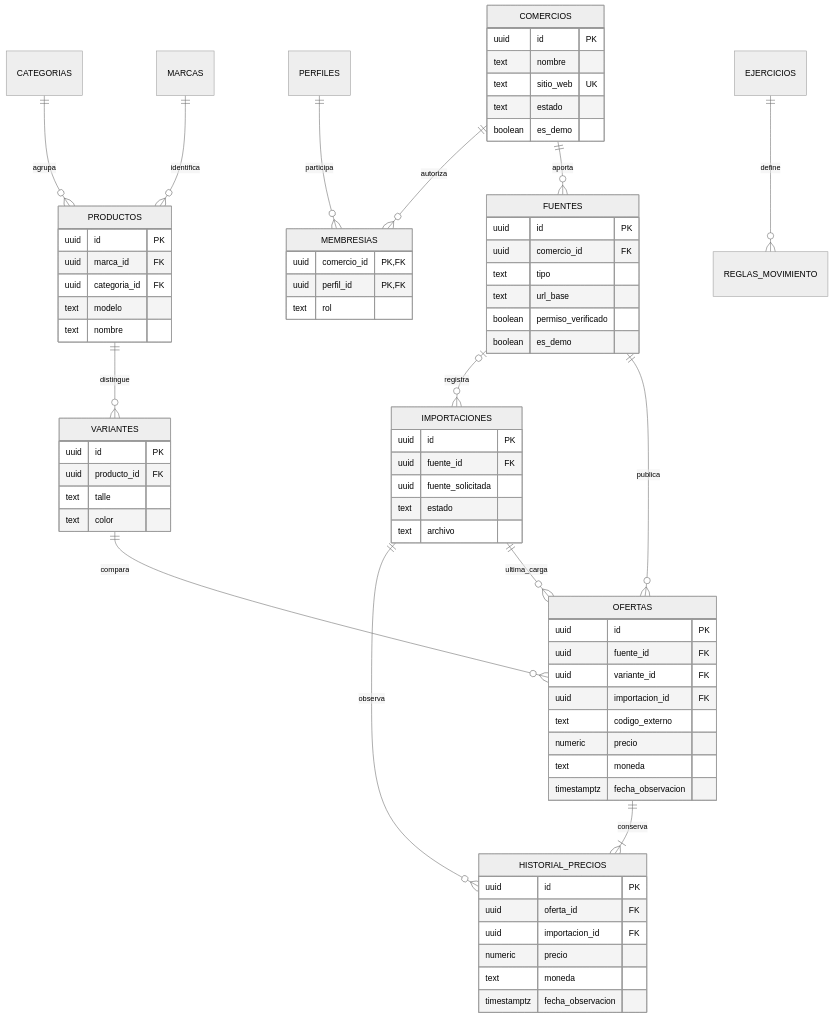
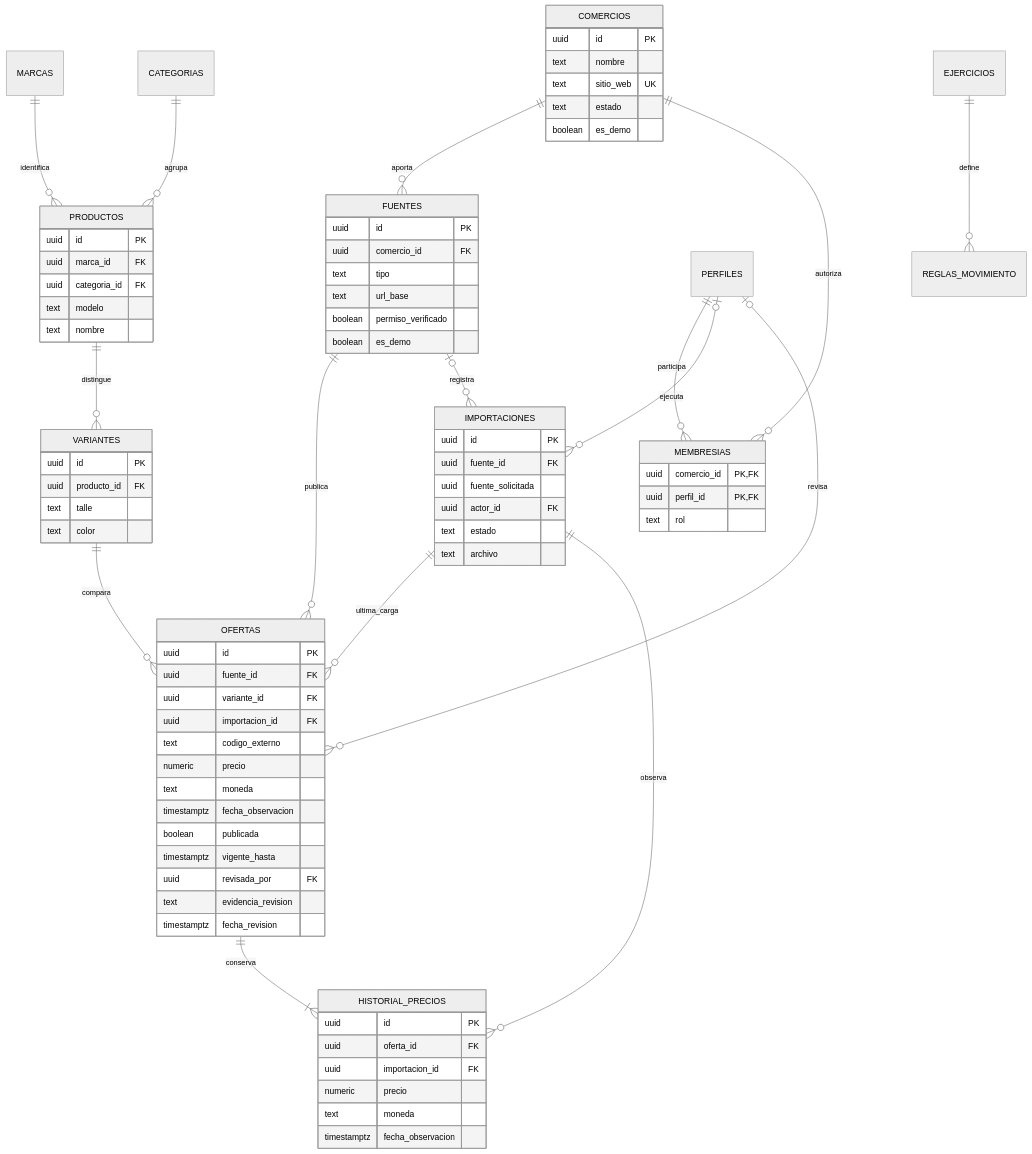
Before and after one commit to AlexisVallejos/SpotSport: the diagram in docs/datos/DER.md, drawn with Mermaid (neutral theme). The commit also changed other lines of this file and 13 other files, not shown here.

````diff
--- a/docs/datos/DER.md
+++ b/docs/datos/DER.md
@@ -5,74 +5,82 @@
 ```mermaid
 erDiagram
   COMERCIOS ||--o{ FUENTES : aporta
   FUENTES ||--o{ OFERTAS : publica
   FUENTES |o--o{ IMPORTACIONES : registra
   MARCAS ||--o{ PRODUCTOS : identifica
   CATEGORIAS ||--o{ PRODUCTOS : agrupa
   PRODUCTOS ||--o{ VARIANTES : distingue
   VARIANTES ||--o{ OFERTAS : compara
   OFERTAS ||--|{ HISTORIAL_PRECIOS : conserva
   IMPORTACIONES ||--o{ OFERTAS : ultima_carga
   IMPORTACIONES ||--o{ HISTORIAL_PRECIOS : observa
   COMERCIOS ||--o{ MEMBRESIAS : autoriza
   PERFILES ||--o{ MEMBRESIAS : participa
+  PERFILES |o--o{ IMPORTACIONES : ejecuta
+  PERFILES |o--o{ OFERTAS : revisa
   EJERCICIOS ||--o{ REGLAS_MOVIMIENTO : define
   COMERCIOS {
     uuid id PK
     text nombre
     text sitio_web UK
     text estado
     boolean es_demo
   }
   FUENTES {
     uuid id PK
     uuid comercio_id FK
     text tipo
     text url_base
     boolean permiso_verificado
     boolean es_demo
   }
   PRODUCTOS {
     uuid id PK
     uuid marca_id FK
     uuid categoria_id FK
     text modelo
     text nombre
   }
   VARIANTES {
     uuid id PK
     uuid producto_id FK
     text talle
     text color
   }
   OFERTAS {
     uuid id PK
     uuid fuente_id FK
     uuid variante_id FK
     uuid importacion_id FK
     text codigo_externo
     numeric precio
     text moneda
     timestamptz fecha_observacion
+    boolean publicada
+    timestamptz vigente_hasta
+    uuid revisada_por FK
+    text evidencia_revision
+    timestamptz fecha_revision
   }
   HISTORIAL_PRECIOS {
     uuid id PK
     uuid oferta_id FK
     uuid importacion_id FK
     numeric precio
     text moneda
     timestamptz fecha_observacion
   }
   IMPORTACIONES {
     uuid id PK
     uuid fuente_id FK
     uuid fuente_solicitada
+    uuid actor_id FK
     text estado
     text archivo
   }
   MEMBRESIAS {
     uuid comercio_id PK,FK
     uuid perfil_id PK,FK
     text rol
   }
 ```
````
